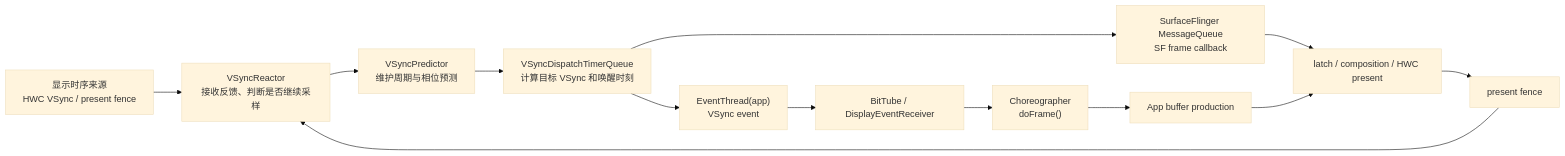
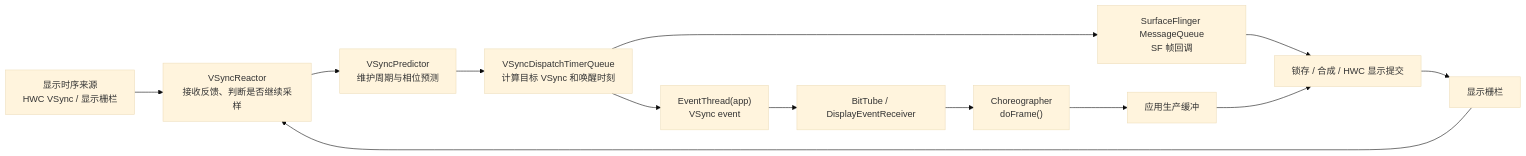
Before and after one commit to Gracker/android-internals-wiki: the diagram in src/part1-fundamentals/ch02-rendering/03-vsync.md, drawn with Mermaid (base theme). The commit also changed other lines of this file and 4 other files, not shown here.

````diff
--- a/src/part1-fundamentals/ch02-rendering/03-vsync.md
+++ b/src/part1-fundamentals/ch02-rendering/03-vsync.md
@@ -205,15 +187,15 @@
 ```mermaid
 flowchart LR
-    A["显示时序来源<br/>HWC VSync / present fence"] --> B["VSyncReactor<br/>接收反馈、判断是否继续采样"]
+    A["显示时序来源<br/>HWC VSync / 显示栅栏"] --> B["VSyncReactor<br/>接收反馈、判断是否继续采样"]
     B --> C["VSyncPredictor<br/>维护周期与相位预测"]
     C --> D["VSyncDispatchTimerQueue<br/>计算目标 VSync 和唤醒时刻"]
-    D --> E["SurfaceFlinger MessageQueue<br/>SF frame callback"]
+    D --> E["SurfaceFlinger MessageQueue<br/>SF 帧回调"]
     D --> F["EventThread#lpar;app#rpar;<br/>VSync event"]
     F --> G["BitTube / DisplayEventReceiver"]
     G --> H["Choreographer<br/>doFrame()"]
-    E --> I["latch / composition / HWC present"]
-    H --> J["App buffer production"]
+    E --> I["锁存 / 合成 / HWC 显示提交"]
+    H --> J["应用生产缓冲"]
     J --> I
-    I --> K["present fence"]
+    I --> K["显示栅栏"]
     K --> B
 ```
````
